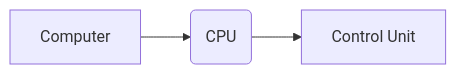
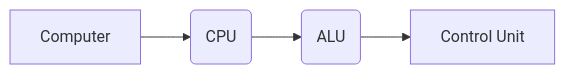
One commit to dddorado/LIS260OpenTextbook changed the diagram in chap4.qmd. Above: the diagram before and after it, drawn with Mermaid. The commit also changed 7 other files, not shown here.

````diff
--- a/chap4.qmd
+++ b/chap4.qmd
@@ -71,5 +71,6 @@
 ```{mermaid}
 flowchart LR
   A[Computer] --> B(CPU)
-  B --> C[Control Unit]
+  B --> D(ALU)
+  D --> C[Control Unit]
 ```
````
